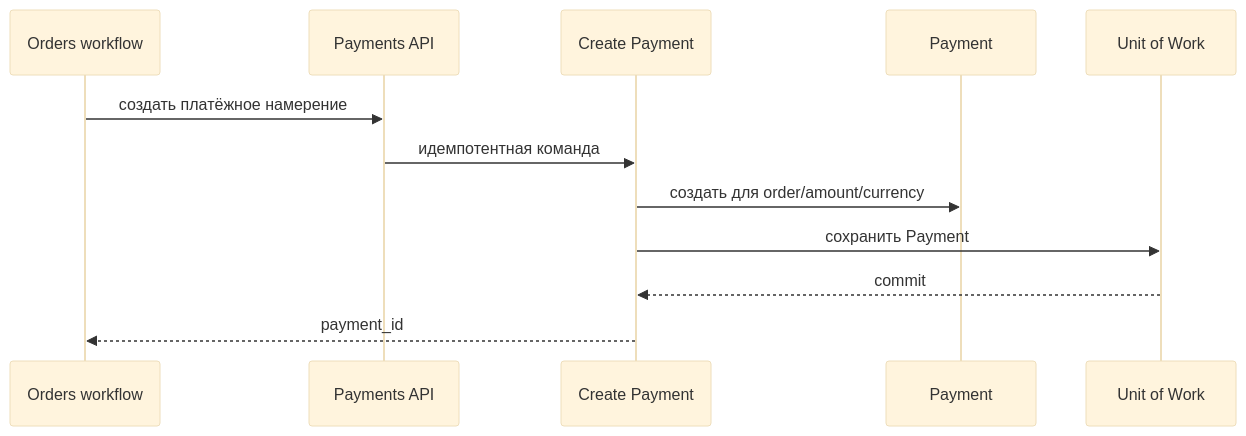
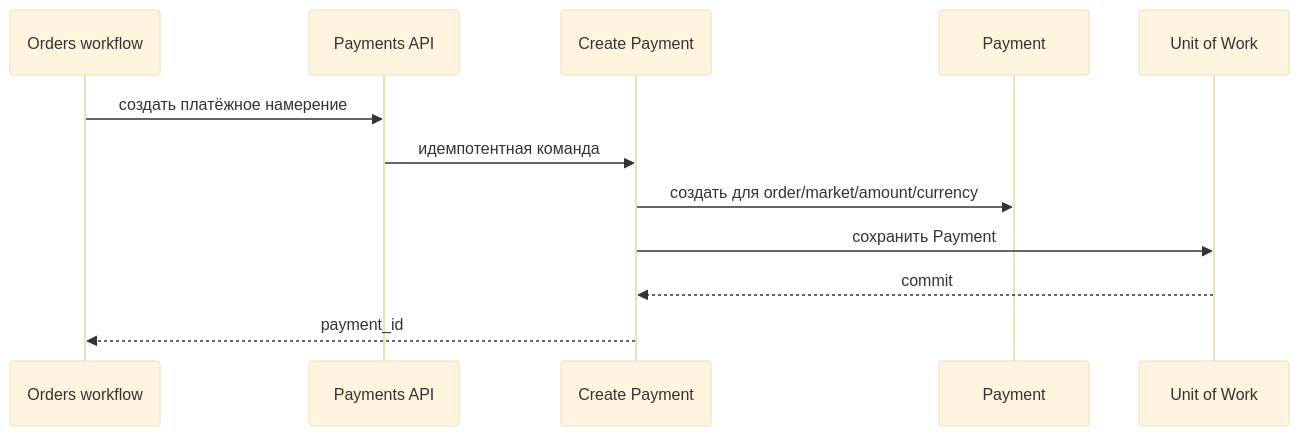
The diagram in boundaries/payments/slices/payment/applications/create_payment/README.md (batazor/nomnom), drawn with Mermaid (base theme) before and after one commit. The commit also changed other lines of this file and 441 other files, not shown here.

First line of the commit message:
feat: cell-based architecture with control plane and market routing

````diff
--- a/boundaries/payments/slices/payment/applications/create_payment/README.md
+++ b/boundaries/payments/slices/payment/applications/create_payment/README.md
@@ -18,14 +18,14 @@
 ```mermaid
 sequenceDiagram
     participant Workflow as Orders workflow
     participant API as Payments API
     participant App as Create Payment
     participant Payment
     participant Store as Unit of Work
     Workflow->>API: создать платёжное намерение
     API->>App: идемпотентная команда
-    App->>Payment: создать для order/amount/currency
+    App->>Payment: создать для order/market/amount/currency
     App->>Store: сохранить Payment
     Store-->>App: commit
     App-->>Workflow: payment_id
 ```
````
